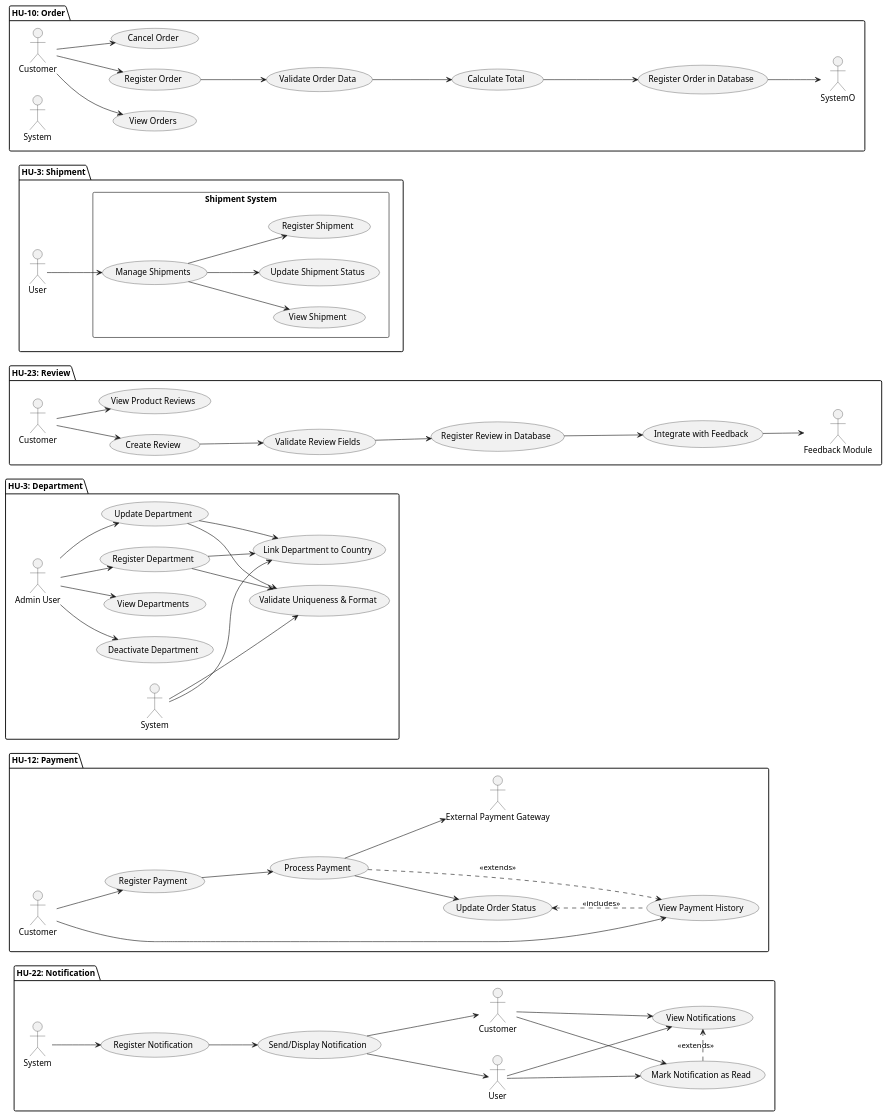
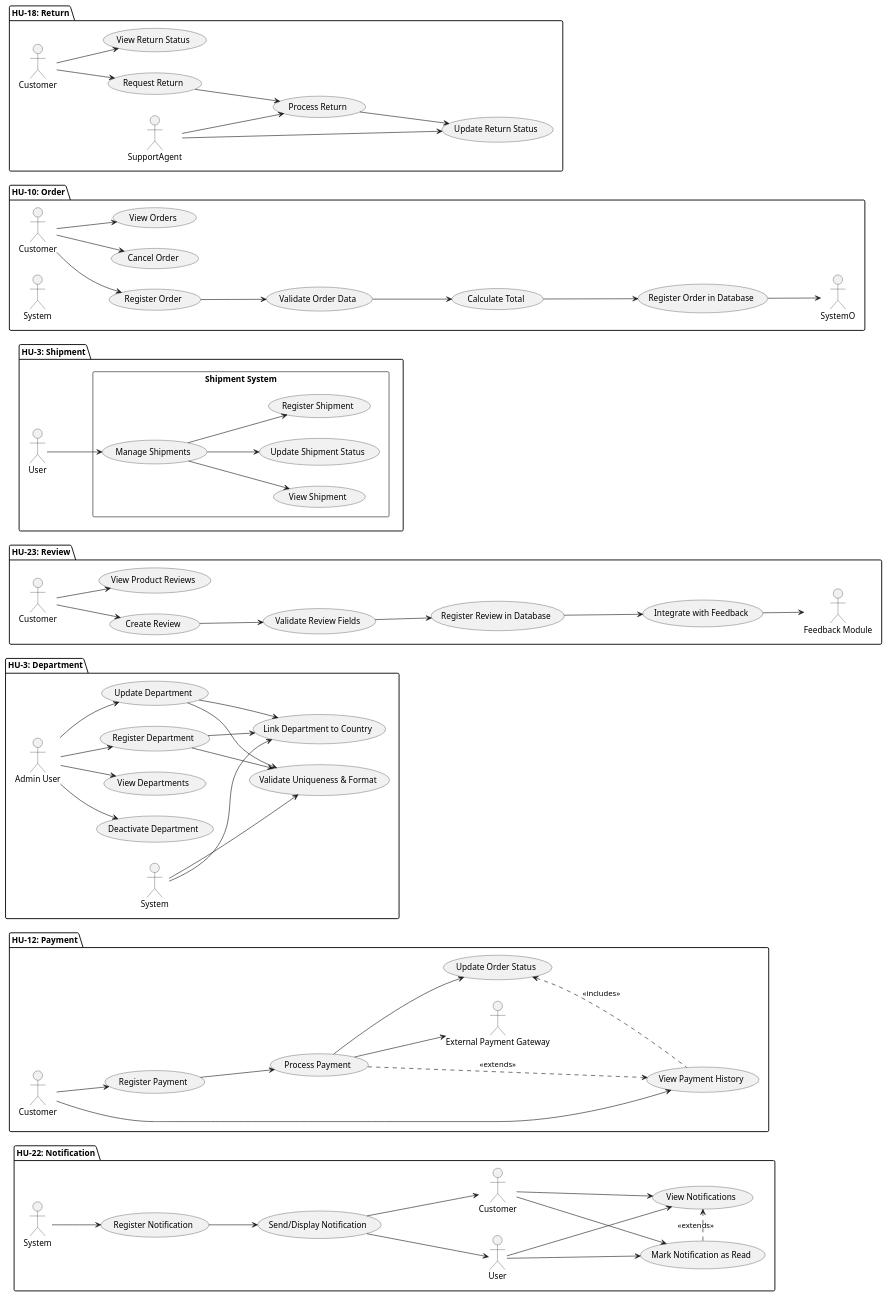
One commit to code-sena/laboratory-2899747 changed the diagram in document/architecture/usecase.wsd. Above: the diagram before and after it, drawn with PlantUML. The commit also changed 1 other file, not shown here.

Commit message:
docs: add class and use case diagrams for return

```diff
--- a/document/architecture/usecase.wsd
+++ b/document/architecture/usecase.wsd
@@ -1,166 +1,184 @@
 @startuml
 left to right direction
 
 ' =========================================================================
 ' PAQUETE: HU-3: Department (Departamento)
 ' =========================================================================
 package "HU-3: Department" {
 
   ' Actores
   actor "Admin User" as Admin_D
   actor "System" as System_D
 
   ' Casos de Uso
   usecase "Register Department" as UC1_D
   usecase "Update Department" as UC2_D
   usecase "Deactivate Department" as UC3_D
   usecase "View Departments" as UC4_D
   usecase "Validate Uniqueness & Format" as UC5_D
   usecase "Link Department to Country" as UC6_D
 
   ' Relaciones
   Admin_D --> UC1_D
   Admin_D --> UC2_D
   Admin_D --> UC3_D
   Admin_D --> UC4_D
 
   UC1_D --> UC5_D
   UC1_D --> UC6_D
 
   UC2_D --> UC5_D
   UC2_D --> UC6_D
 
   System_D --> UC5_D
   System_D --> UC6_D
 }
 
 ' =========================================================================
 ' PAQUETE: HU-22: Notification (Notificación) - MERGED
 ' =========================================================================
 package "HU-22: Notification" {
 
   ' Actores
   actor "System" as System_N
   actor "User" as User_N
   actor "Customer" as Customer_N
 
   ' Casos de Uso
   usecase "Register Notification" as UCN1
   usecase "Send/Display Notification" as UCN2
   usecase "Mark Notification as Read" as UCN3
   usecase "View Notifications" as UCN4
 
   ' Relaciones
   System_N --> UCN1
   UCN1 --> UCN2
   UCN2 --> User_N
   UCN2 --> Customer_N
 
   User_N --> UCN3
   Customer_N --> UCN3
 
   User_N --> UCN4
   Customer_N --> UCN4
 
   UCN3 .> UCN4 : <<extends>>
 }
 
 ' =========================================================================
 ' PAQUETE: HU-12: Payment (Pago)
 ' =========================================================================
 package "HU-12: Payment" {
 
   ' Actores
   actor "Customer" as Customer_P
   actor "External Payment Gateway" as PaymentGateway_P
 
   ' Casos de Uso
   usecase "Register Payment" as UCP1
   usecase "Process Payment" as UCP2
   usecase "Update Order Status" as UCP3
   usecase "View Payment History" as UCP4
 
   ' Relaciones
   Customer_P --> UCP1
   Customer_P --> UCP4
 
   UCP1 --> UCP2
   UCP2 --> PaymentGateway_P
   UCP2 .> UCP4 : <<extends>>
   UCP3 <.. UCP4 : <<includes>>
 
   UCP2 --> UCP3
 }
 
 ' =========================================================================
 ' PAQUETE: HU-23: Review (Revisión)
 ' =========================================================================
 package "HU-23: Review" {
 
   ' Actores
   actor "Customer" as Customer_R
   actor "Feedback Module" as FeedbackModule_R
 
   ' Casos de Uso
   usecase "Create Review" as UC1_R
   usecase "Validate Review Fields" as UC2_R
   usecase "Register Review in Database" as UC3_R
   usecase "Integrate with Feedback" as UC4_R
   usecase "View Product Reviews" as UC5_R
 
   ' Relaciones
   Customer_R --> UC1_R
   UC1_R --> UC2_R
   UC2_R --> UC3_R
   UC3_R --> UC4_R
   UC4_R --> FeedbackModule_R
   Customer_R --> UC5_R
 }
 
 ' =========================================================================
 ' PAQUETE: HU-3: Shipment (Envío)
 ' =========================================================================
 package "HU-3: Shipment" {
   actor "User" as User_S
 
   rectangle "Shipment System" {
     usecase "Manage Shipments" as UC1_S
     usecase "Register Shipment" as UC2_S
     usecase "View Shipment" as UC3_S
     usecase "Update Shipment Status" as UC4_S
   }
 
   User_S --> UC1_S
   UC1_S --> UC2_S
   UC1_S --> UC3_S
   UC1_S --> UC4_S
 }
 
 ' =========================================================================
 ' PAQUETE: HU-10: Order (Pedido)
 ' =========================================================================
 package "HU-10: Order" {
 
   ' Actores
   actor "Customer" as Customer_O
   actor "System" as System_O
 
   ' Casos de Uso
   usecase "Register Order" as UCO1
   usecase "Validate Order Data" as UCO2
   usecase "Calculate Total" as UCO3
   usecase "Register Order in Database" as UCO4
   usecase "Cancel Order" as UCO5
   usecase "View Orders" as UCO6
 
   ' Relaciones
   Customer_O --> UCO1
   Customer_O --> UCO5
   Customer_O --> UCO6
 
-    UCO1 --> UCO2
-    UCO2 --> UCO3
-    UCO3 --> UCO4
-    UCO4 --> SystemO
-  }
+  UCO1 --> UCO2
+  UCO2 --> UCO3
+  UCO3 --> UCO4
+  UCO4 --> SystemO
+}
+
+package "HU-18: Return" {
+  actor "Customer" as CustomerR
+  actor "SupportAgent" as SupportAgentR
+
+  usecase "Request Return" as UCR1
+  usecase "View Return Status" as UCR2
+  usecase "Process Return" as UCR3
+  usecase "Update Return Status" as UCR4
+
+  CustomerR --> UCR1
+  CustomerR --> UCR2
+  SupportAgentR --> UCR3
+  SupportAgentR --> UCR4
+  UCR1 --> UCR3
+  UCR3 --> UCR4
+}
+
 @enduml
```
